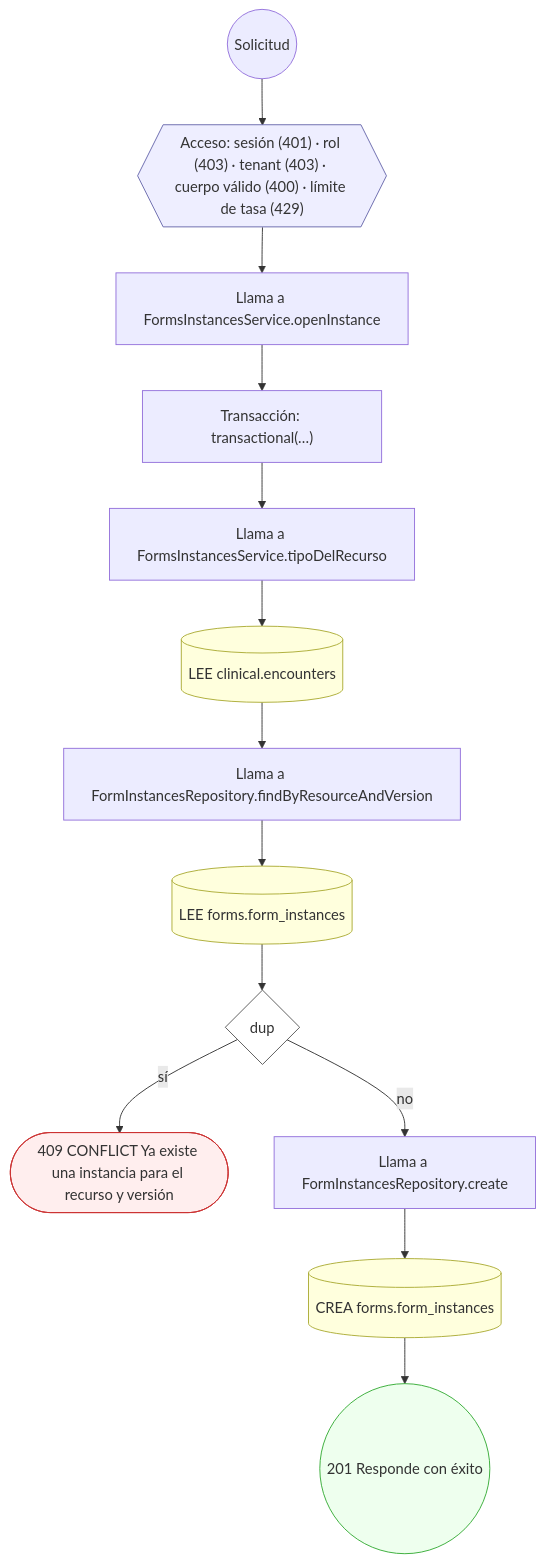
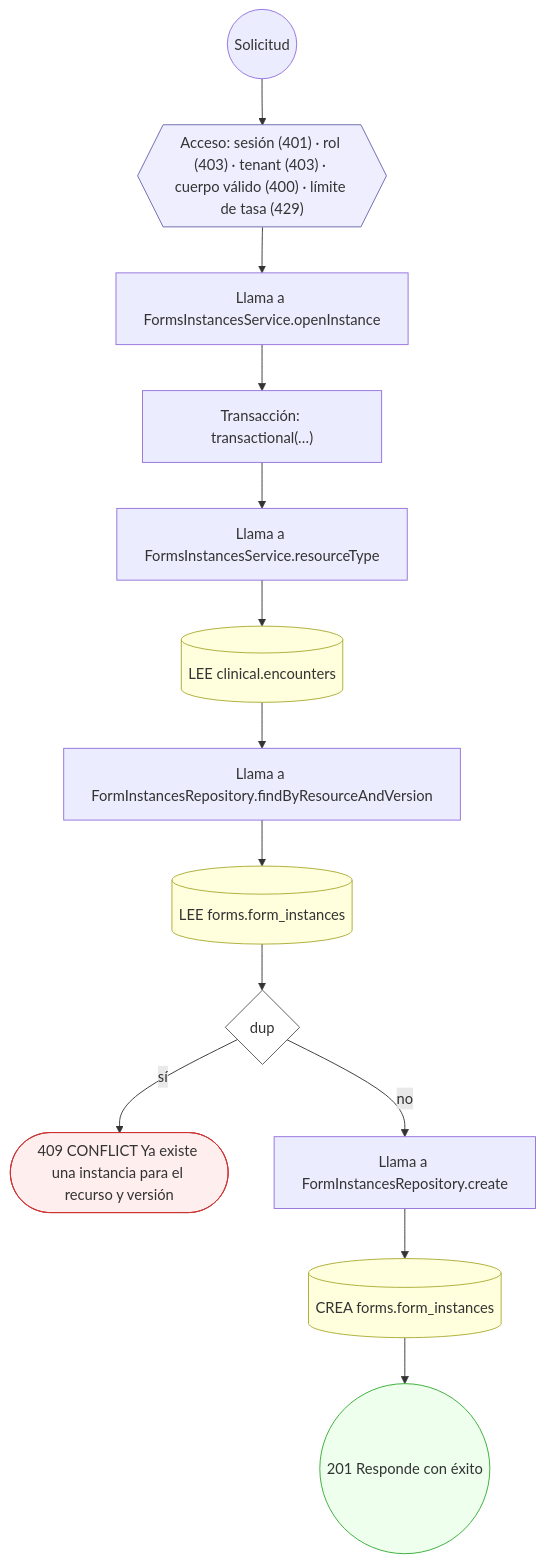
One commit to mdavila-2001/mantra-core-health-api changed diagram 17 of 24 in docs/inventario/flujos/forms.md. Above: the diagram before and after it, drawn with Mermaid. The commit also changed other lines of this file and 451 other files, not shown here.

````diff
--- a/docs/inventario/flujos/forms.md
+++ b/docs/inventario/flujos/forms.md
@@ -849,34 +1114,34 @@
 ```mermaid
 flowchart TD
   n1(("Solicitud")):::inicio
   n2{{"Acceso: sesión (401) · rol (403) · tenant (403) · cuerpo válido (400) · límite de tasa (429)"}}:::acceso
   n1 --> n2
   n3["Llama a FormsInstancesService.openInstance"]:::llamada
   n2 --> n3
   n4["Transacción: transactional(…)"]:::transaccion
   n3 --> n4
-  n5["Llama a FormsInstancesService.tipoDelRecurso"]:::llamada
+  n5["Llama a FormsInstancesService.resourceType"]:::llamada
   n4 --> n5
   n6[("LEE clinical.encounters")]:::efecto
   n5 --> n6
   n7["Llama a FormInstancesRepository.findByResourceAndVersion"]:::llamada
   n6 --> n7
   n8[("LEE forms.form_instances")]:::efecto
   n7 --> n8
   n9{"dup"}:::decision
   n8 --> n9
   n10(["409 CONFLICT Ya existe una instancia para el recurso y versión"]):::error
   n9 -->|"sí"| n10
   n11["Llama a FormInstancesRepository.create"]:::llamada
   n9 -->|"no"| n11
   n12[("CREA forms.form_instances")]:::efecto
   n11 --> n12
   n13(("201 Responde con éxito")):::ok
   n12 --> n13
   classDef acceso fill:#eef,stroke:#66a
   classDef error fill:#fee,stroke:#c33
   classDef ok fill:#efe,stroke:#3a3
   classDef efecto fill:#ffd,stroke:#aa3
   classDef decision fill:#fff,stroke:#555
   classDef corte fill:#eee,stroke:#999,stroke-dasharray: 4
 ```
````
